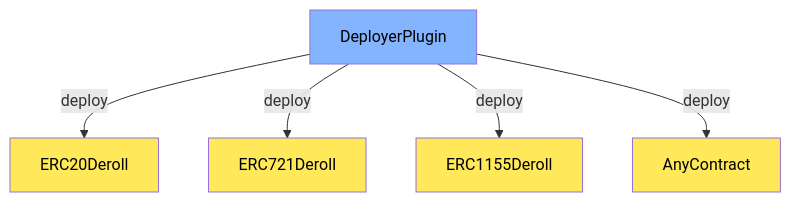
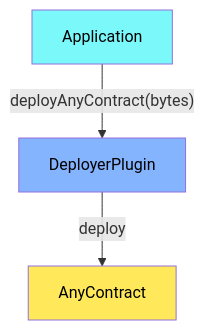
The second of 5 diagrams in contracts/README.md (Mugen-Builders/echo-plus-deroll), drawn with Mermaid before and after one commit. The commit also changed other lines of this file and 15 other files, not shown here.

````diff
--- a/contracts/README.md
+++ b/contracts/README.md
@@ -41,17 +44,13 @@
 ```mermaid
 graph TD
     classDef core fill:#ffe95a,color:#000
     classDef external fill:#85b4ff,color:#000
+    classDef master fill: #7AF8FA,color:#000
 
+    Application:::master
     AnyContract:::core
-    ERC20Deroll:::core
-    ERC721Deroll:::core
-    ERC1155Deroll:::core
     DeployerPlugin:::external
 
-
-    DeployerPlugin -- deploy --> ERC20Deroll
-    DeployerPlugin -- deploy --> ERC721Deroll
-    DeployerPlugin -- deploy --> ERC1155Deroll
+    Application -- deployAnyContract(bytes) --> DeployerPlugin
     DeployerPlugin -- deploy --> AnyContract
 ```
````
